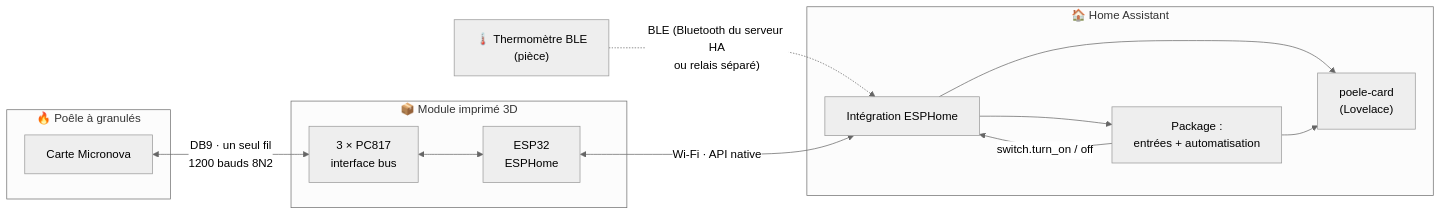
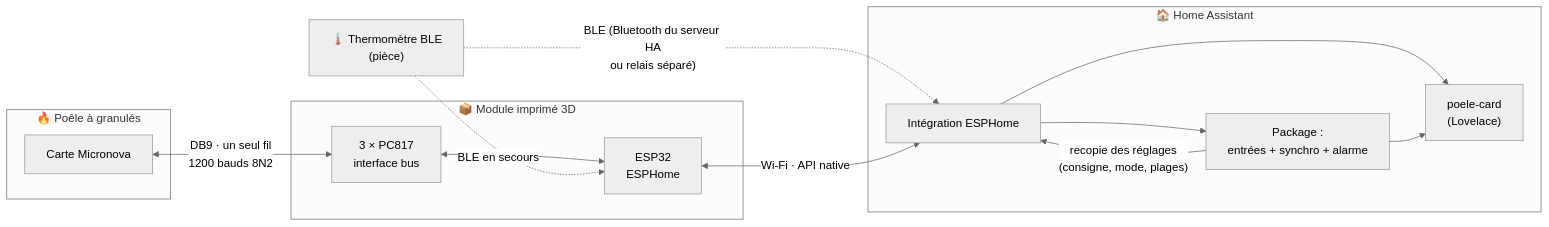
One commit to skribascode/Moretti-pellet-stove-esp32 changed the first of 2 diagrams in README.fr.md. Above: the diagram before and after it, drawn with Mermaid (neutral theme). The commit also changed other lines of this file and 4 other files, not shown here.

````diff
--- a/README.fr.md
+++ b/README.fr.md
@@ -80,25 +81,26 @@
 ```mermaid
 flowchart LR
     subgraph Stove["🔥 Poêle à granulés"]
         MB["Carte Micronova"]
     end
     subgraph Module["📦 Module imprimé 3D"]
         IF["3 × PC817<br/>interface bus"]
         ESP["ESP32<br/>ESPHome"]
     end
     T["🌡️ Thermomètre BLE<br/>(pièce)"]
     subgraph HA["🏠 Home Assistant"]
         API["Intégration ESPHome"]
-        PKG["Package :<br/>entrées + automatisation"]
+        PKG["Package :<br/>entrées + synchro + alarme"]
         CARD["poele-card<br/>(Lovelace)"]
     end
 
     MB <-- "DB9 · un seul fil<br/>1200 bauds 8N2" --> IF
     IF <--> ESP
     T -. "BLE (Bluetooth du serveur HA<br/>ou relais séparé)" .-> API
     ESP <-- "Wi-Fi · API native" --> API
     API --> PKG
-    PKG -- "switch.turn_on / off" --> API
+    PKG -- "recopie des réglages<br/>(consigne, mode, plages)" --> API
+    T -. "BLE en secours" .-> ESP
     API --> CARD
     PKG --> CARD
 ```
````
